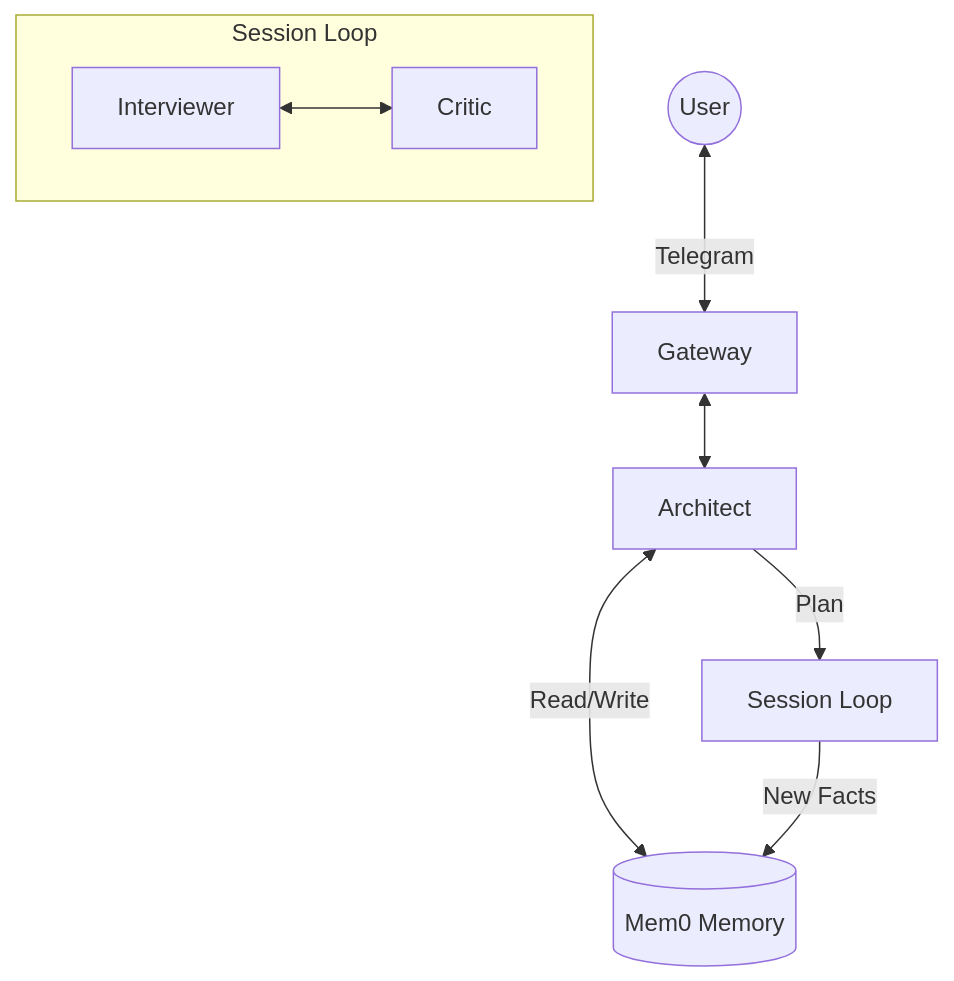
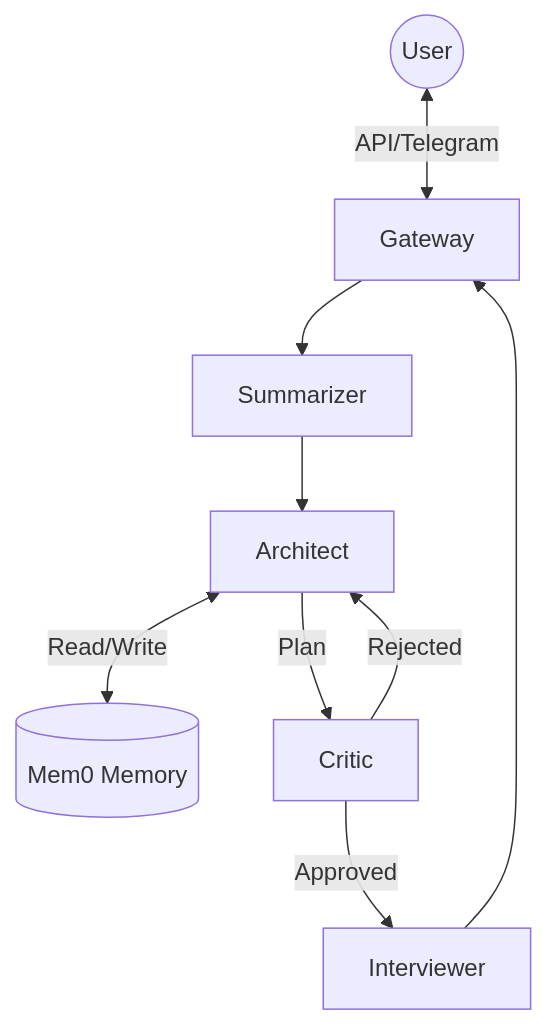
One commit to ku113p/agent-interview changed the diagram in README.md. Above: the diagram before and after it, drawn with Mermaid. The commit also changed other lines of this file and 7 other files, not shown here.

Commit message:
docs: actualize project documentation and architecture records

````diff
--- a/README.md
+++ b/README.md
@@ -35,11 +36,11 @@
 ```mermaid
 graph TD
-    User((User)) <-->|Telegram| Gateway
-    Gateway <--> Arch[Architect]
+    User((User)) <-->|API/Telegram| Gateway
+    Gateway --> Summarizer
+    Summarizer --> Arch[Architect]
     Arch <-->|Read/Write| Mem0[(Mem0 Memory)]
-    Arch -->|Plan| Session[Session Loop]
-    subgraph "Session Loop"
-        Interviewer <--> Critic
-    end
-    Session -->|New Facts| Mem0
+    Arch -->|Plan| Critic
+    Critic -->|Approved| Interviewer
+    Critic -->|Rejected| Arch
+    Interviewer --> Gateway
 ```
````
